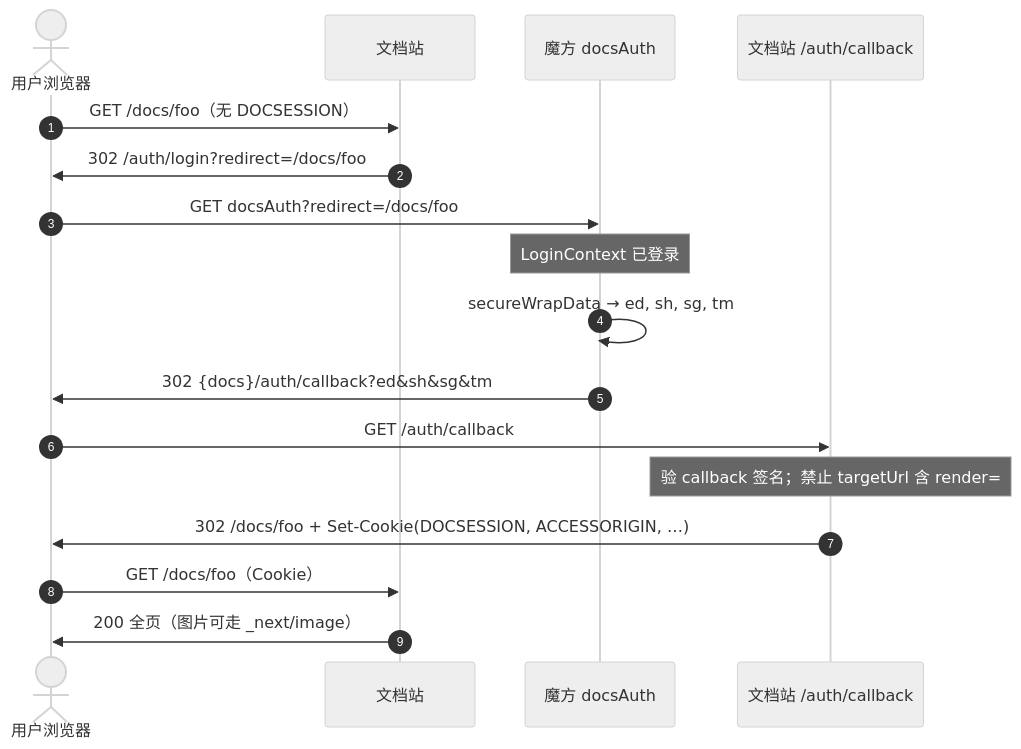
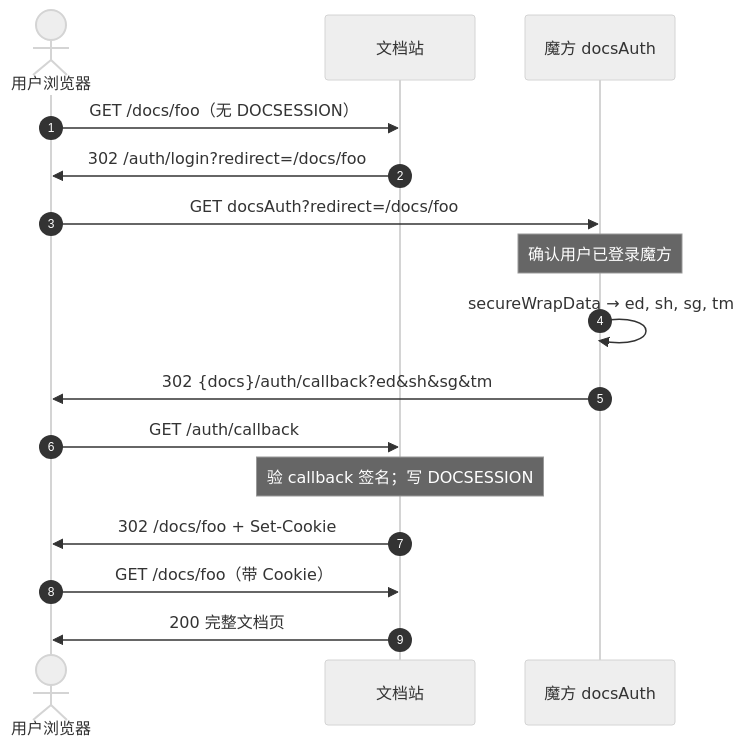
One commit to Necho-dev/rpa-products-docs changed the first of 3 diagrams in deploy/CUBE_SSO.md. Above: the diagram before and after it, drawn with Mermaid (neutral theme). The commit also changed other lines of this file and 5 other files, not shown here.

````diff
--- a/deploy/CUBE_SSO.md
+++ b/deploy/CUBE_SSO.md
@@ -239,20 +43,19 @@
 ```mermaid
 sequenceDiagram
   autonumber
   actor User as 用户浏览器
   participant Docs as 文档站
   participant Cube as 魔方 docsAuth
-  participant CB as 文档站 /auth/callback
 
   User->>Docs: GET /docs/foo（无 DOCSESSION）
   Docs->>User: 302 /auth/login?redirect=/docs/foo
   User->>Cube: GET docsAuth?redirect=/docs/foo
-  Note over Cube: LoginContext 已登录
+  Note over Cube: 确认用户已登录魔方
   Cube->>Cube: secureWrapData → ed, sh, sg, tm
   Cube->>User: 302 {docs}/auth/callback?ed&sh&sg&tm
-  User->>CB: GET /auth/callback
-  Note over CB: 验 callback 签名；禁止 targetUrl 含 render=
-  CB->>User: 302 /docs/foo + Set-Cookie(DOCSESSION, ACCESSORIGIN, …)
-  User->>Docs: GET /docs/foo（Cookie）
-  Docs->>User: 200 全页（图片可走 _next/image）
+  User->>Docs: GET /auth/callback
+  Note over Docs: 验 callback 签名；写 DOCSESSION
+  Docs->>User: 302 /docs/foo + Set-Cookie
+  User->>Docs: GET /docs/foo（带 Cookie）
+  Docs->>User: 200 完整文档页
 ```
````
